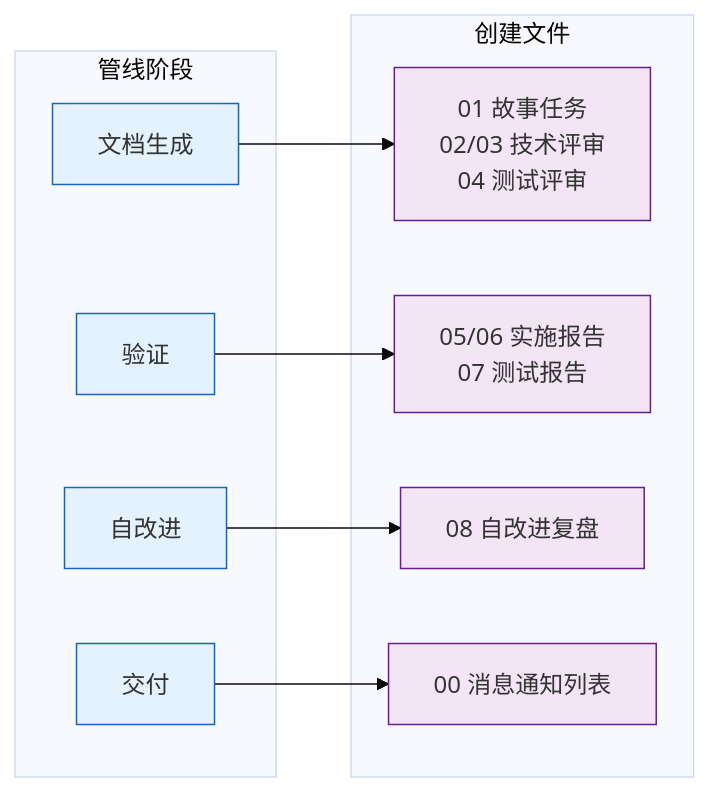
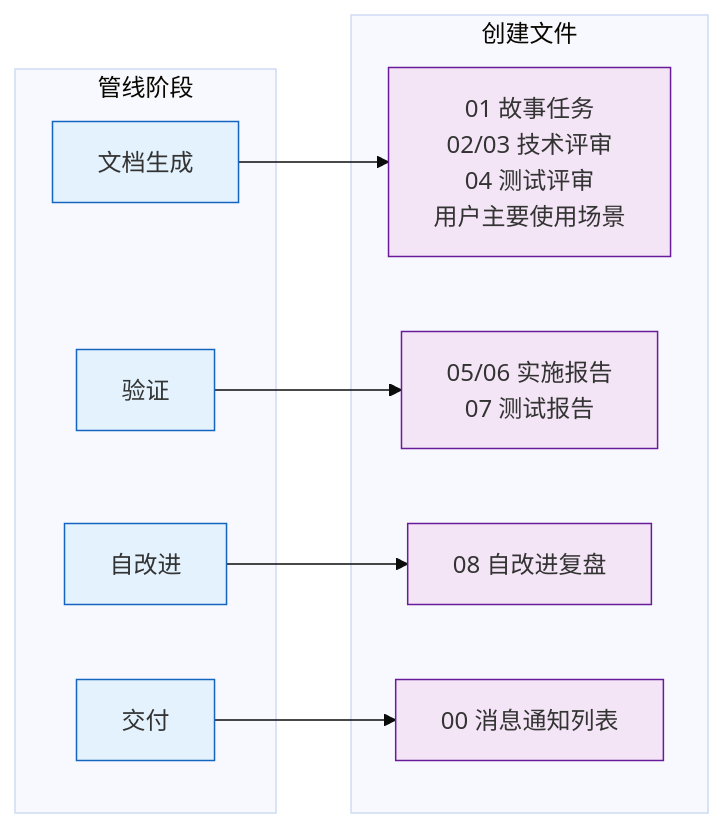
Before and after one commit to effiy/YrY: the fifth of 9 diagrams in rules/doc-generation.md, drawn with Mermaid (base theme). The commit also changed other lines of this file and 7 other files, not shown here.

````diff
--- a/rules/doc-generation.md
+++ b/rules/doc-generation.md
@@ -146,22 +146,22 @@
 ```mermaid
 flowchart LR
     subgraph 阶段["管线阶段"]
         P1["文档生成"]:::phase
         P2["验证"]:::phase
         P3["自改进"]:::phase
         P4["交付"]:::phase
     end
     subgraph 产出["创建文件"]
-        O1["01 故事任务<br/>02/03 技术评审<br/>04 测试评审"]:::file
+        O1["01 故事任务<br/>02/03 技术评审<br/>04 测试评审<br/>用户主要使用场景"]:::file
         O2["05/06 实施报告<br/>07 测试报告"]:::file
         O3["08 自改进复盘"]:::file
         O4["00 消息通知列表"]:::file
     end
     P1 --> O1
     P2 --> O2
     P3 --> O3
     P4 --> O4
 
     classDef phase fill:#e3f2fd,stroke:#1565c0;
     classDef file fill:#f3e5f5,stroke:#6a1b9a;
 ```
````
